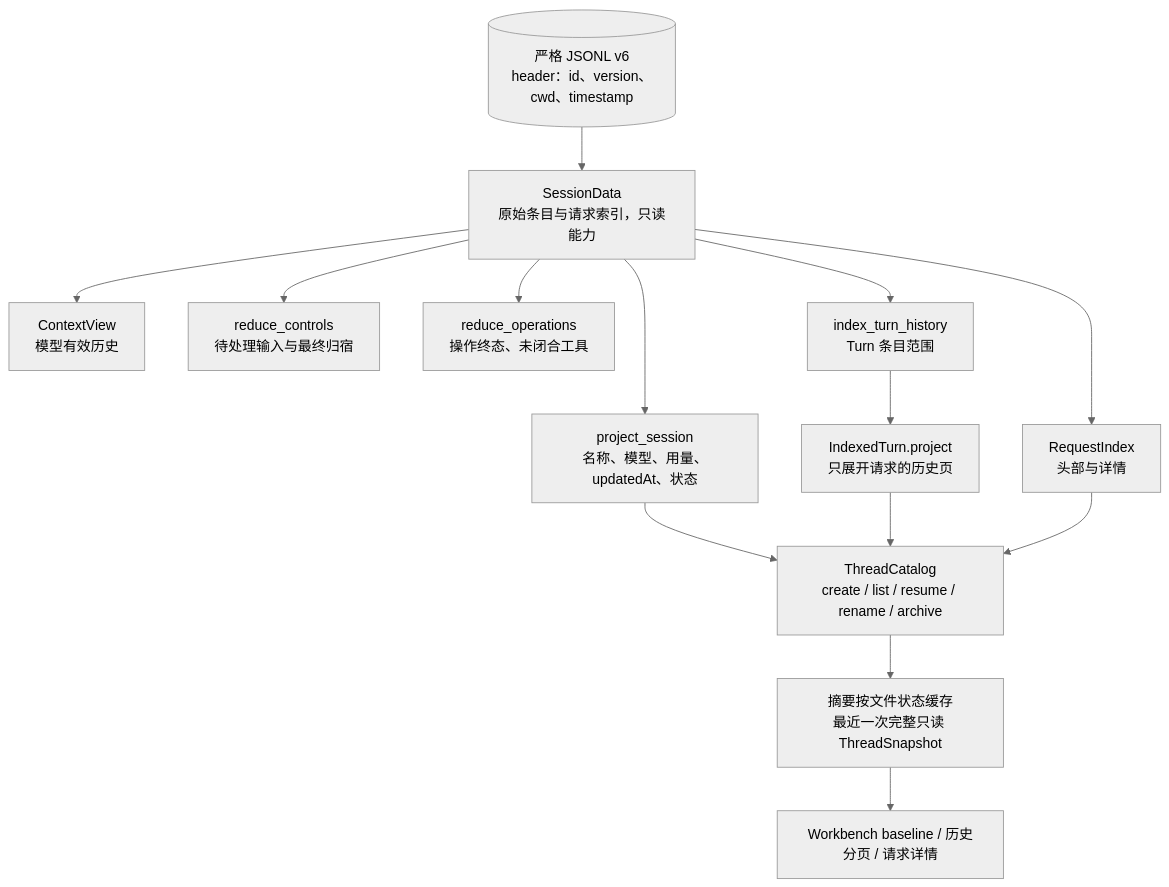
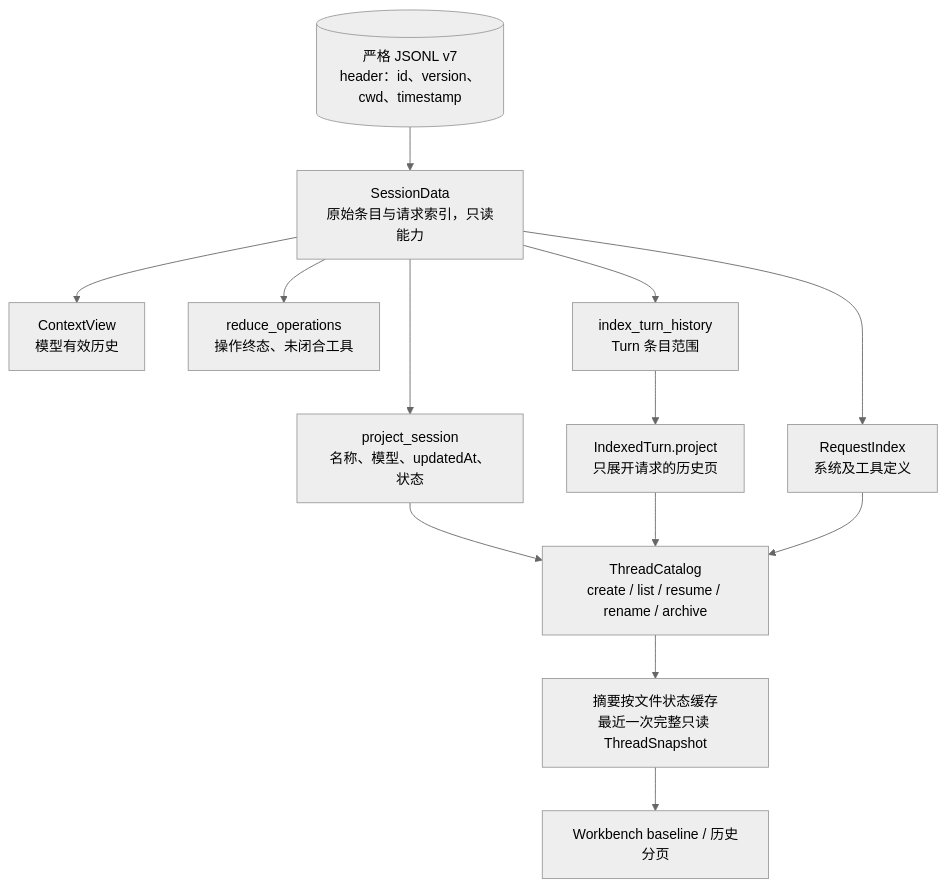
Before and after one commit to qjcnmd/singularity-agent: diagram 27 of 29 in docs/singularity.md, drawn with Mermaid (neutral theme). The commit also changed other lines of this file and 99 other files, not shown here.

````diff
--- a/docs/singularity.md
+++ b/docs/singularity.md
@@ -716,17 +709,16 @@
 ```mermaid
 flowchart TB
-    JSONL[("严格 JSONL v6<br/>header：id、version、cwd、timestamp")]
+    JSONL[("严格 JSONL v7<br/>header：id、version、cwd、timestamp")]
     JSONL --> Data["SessionData<br/>原始条目与请求索引，只读能力"]
     Data --> Context["ContextView<br/>模型有效历史"]
-    Data --> Controls["reduce_controls<br/>待处理输入与最终归宿"]
     Data --> Operations["reduce_operations<br/>操作终态、未闭合工具"]
-    Data --> Summary["project_session<br/>名称、模型、用量、updatedAt、状态"]
+    Data --> Summary["project_session<br/>名称、模型、updatedAt、状态"]
     Data --> Turns["index_turn_history<br/>Turn 条目范围"]
     Turns --> Page["IndexedTurn.project<br/>只展开请求的历史页"]
-    Data --> Requests["RequestIndex<br/>头部与详情"]
+    Data --> Requests["RequestIndex<br/>系统及工具定义"]
     Summary --> Catalog["ThreadCatalog<br/>create / list / resume / rename / archive"]
     Page --> Catalog
     Requests --> Catalog
     Catalog --> Cache["摘要按文件状态缓存<br/>最近一次完整只读 ThreadSnapshot"]
-    Cache --> WB["Workbench baseline / 历史分页 / 请求详情"]
+    Cache --> WB["Workbench baseline / 历史分页"]
 ```
````
